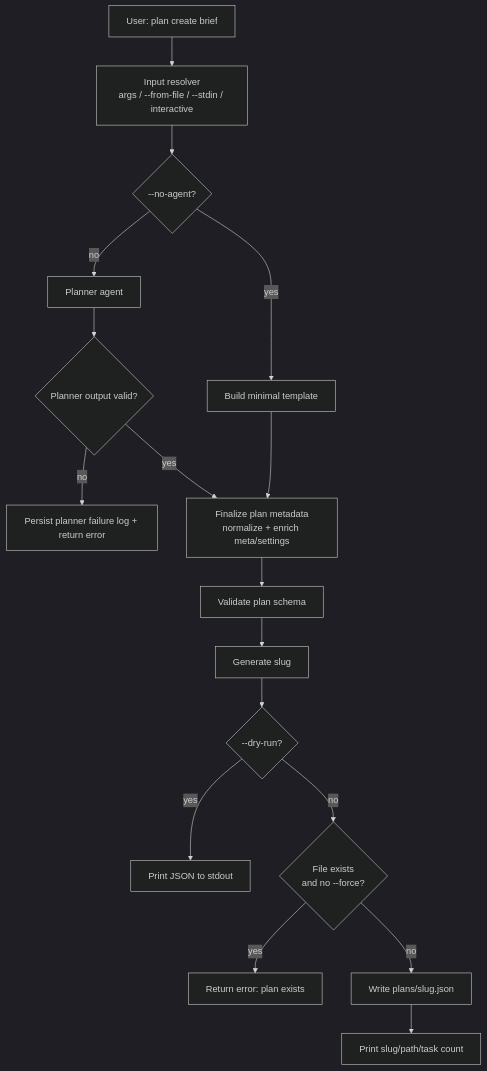
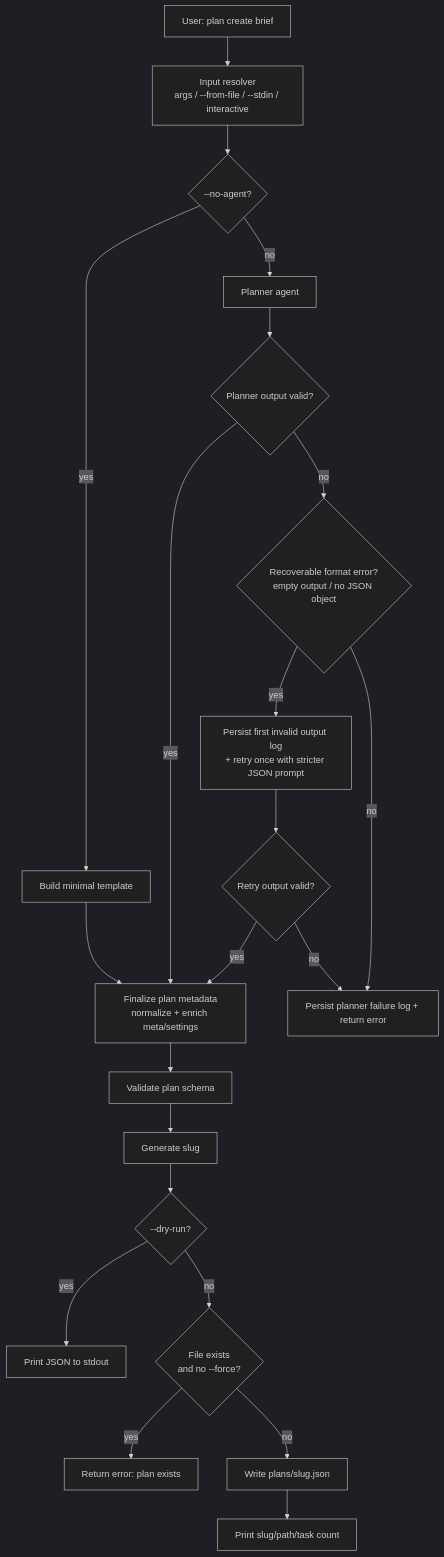
The second of 8 diagrams in docs/orchestration.md (opus-domini/praetor), drawn with Mermaid before and after one commit. The commit also changed other lines of this file and 2 other files, not shown here.

Commit message:
Improve planner retry visibility in plan create

````diff
--- a/docs/orchestration.md
+++ b/docs/orchestration.md
@@ -252,23 +252,28 @@
 ```mermaid
 ---
 config:
   theme: dark
 ---
 flowchart TD
     A[User: plan create brief] --> B[Input resolver<br>args / --from-file / --stdin / interactive]
     B --> C{--no-agent?}
     C -- yes --> D[Build minimal template]
     C -- no --> E[Planner agent]
     E --> F{Planner output valid?}
-    F -- no --> G[Persist planner failure log + return error]
     F -- yes --> H[Finalize plan metadata<br>normalize + enrich meta/settings]
+    F -- no --> G{Recoverable format error?<br>empty output / no JSON object}
+    G -- yes --> I[Persist first invalid output log<br>+ retry once with stricter JSON prompt]
+    I --> J{Retry output valid?}
+    J -- yes --> H
+    G -- no --> K[Persist planner failure log + return error]
+    J -- no --> K
     D --> H
-    H --> I[Validate plan schema]
-    I --> J[Generate slug]
-    J --> K{--dry-run?}
-    K -- yes --> L[Print JSON to stdout]
-    K -- no --> M{File exists<br>and no --force?}
-    M -- yes --> N[Return error: plan exists]
-    M -- no --> O[Write plans/slug.json]
-    O --> P[Print slug/path/task count]
+    H --> L[Validate plan schema]
+    L --> M[Generate slug]
+    M --> N{--dry-run?}
+    N -- yes --> O[Print JSON to stdout]
+    N -- no --> P{File exists<br>and no --force?}
+    P -- yes --> Q[Return error: plan exists]
+    P -- no --> R[Write plans/slug.json]
+    R --> S[Print slug/path/task count]
 ```
````
